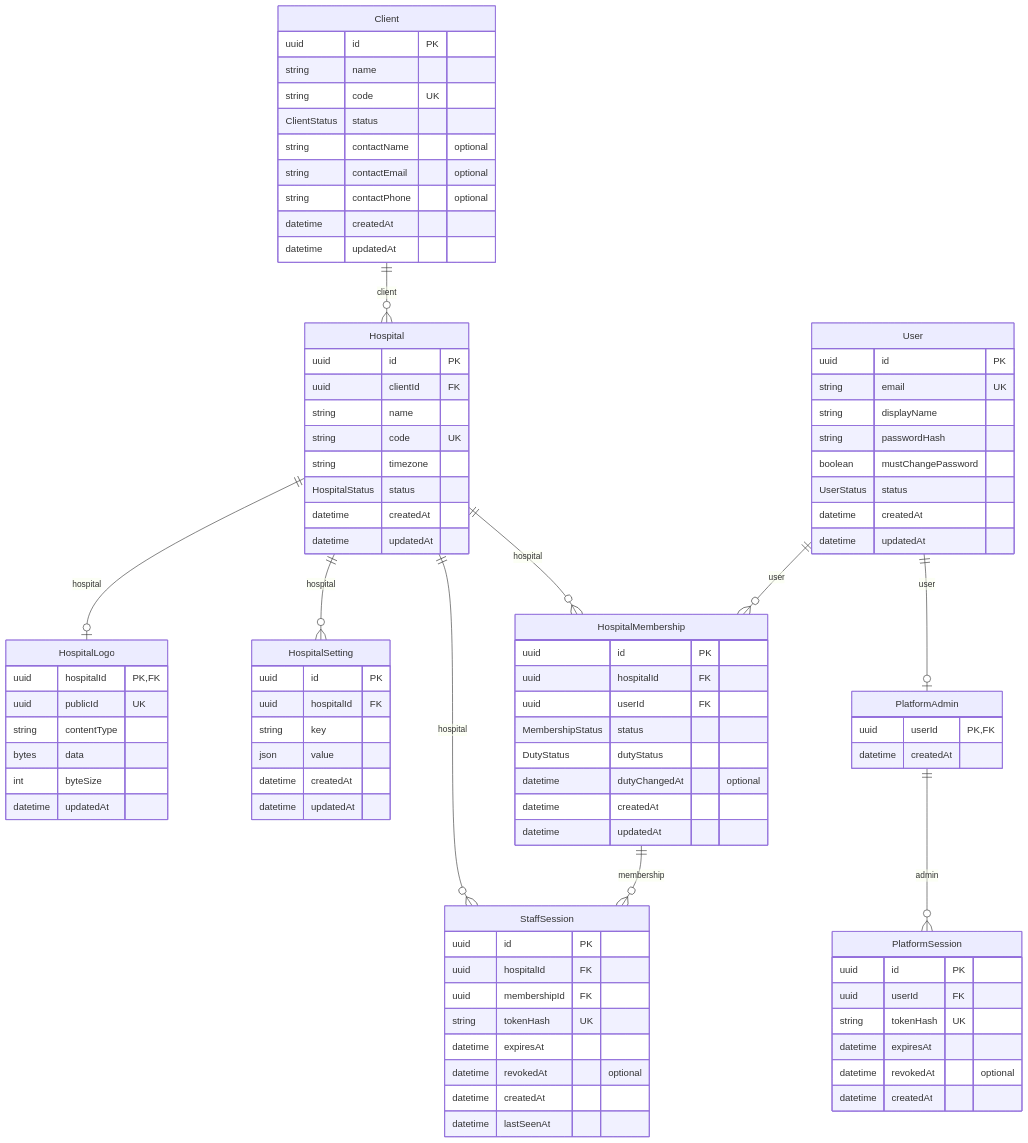
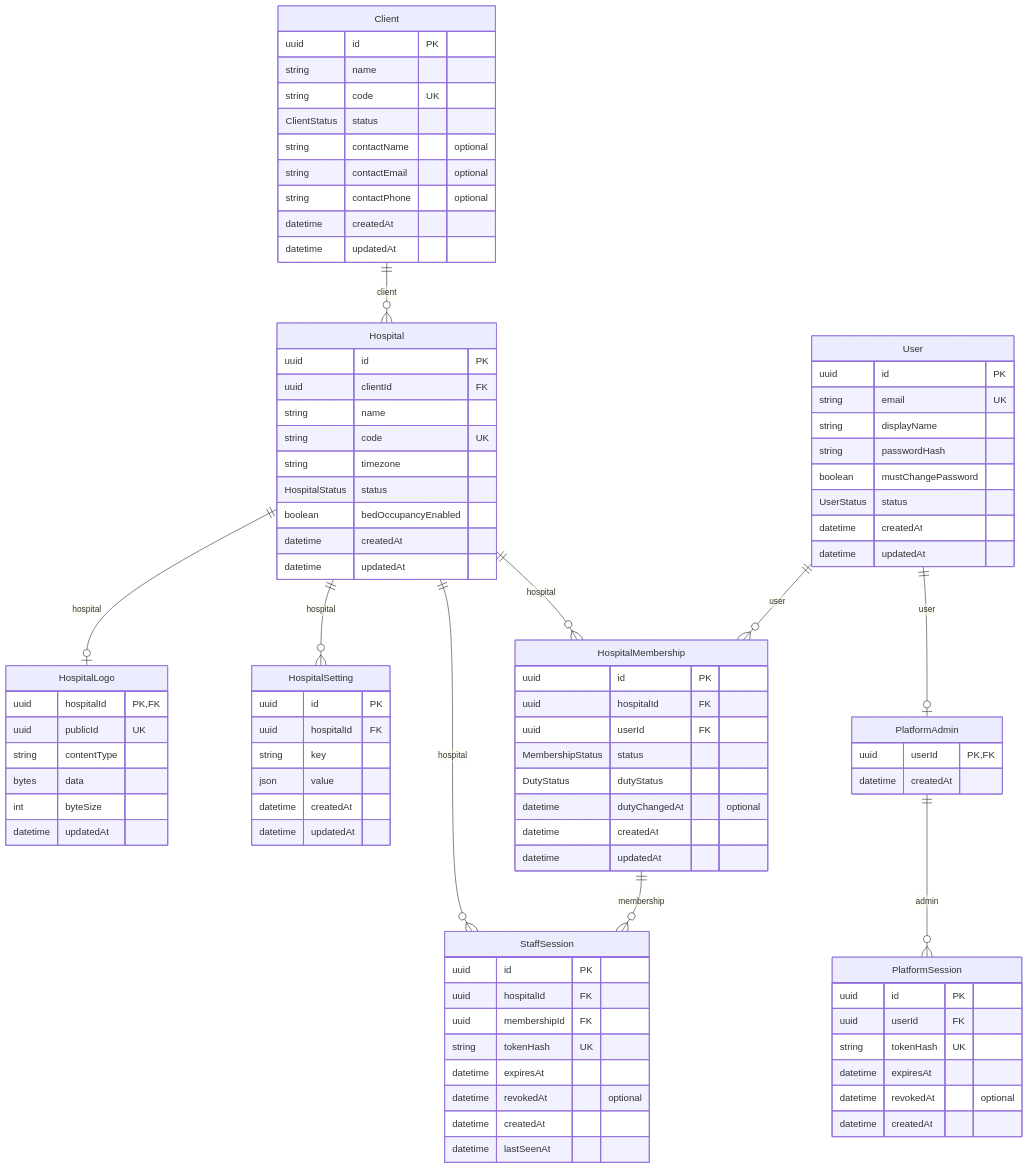
One commit to Vishal120703/QR_based-hospital-management-system changed the second of 7 diagrams in docs/database/er-diagram.md. Above: the diagram before and after it, drawn with Mermaid. The commit also changed other lines of this file and 38 other files, not shown here.

```diff
--- a/docs/database/er-diagram.md
+++ b/docs/database/er-diagram.md
@@ -92,6 +92,7 @@
     string code UK
     string timezone
     HospitalStatus status
+    boolean bedOccupancyEnabled
     datetime createdAt
     datetime updatedAt
   }
```
